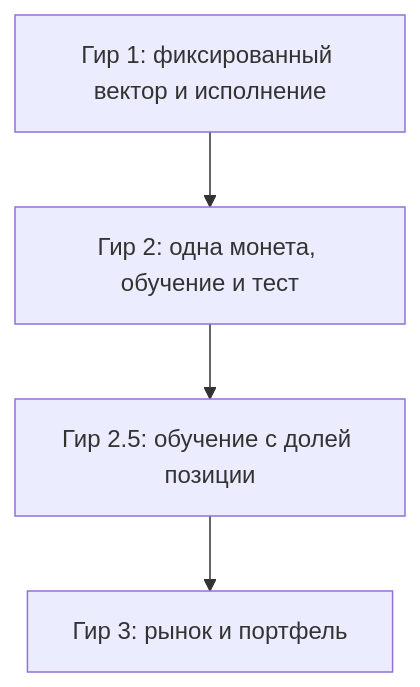
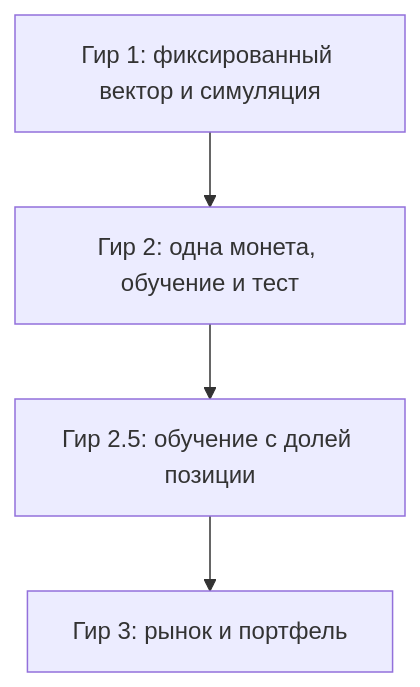
One commit to anabol21/arb_bots changed the diagram in docs/strategy-gears.md. Above: the diagram before and after it, drawn with Mermaid. The commit also changed other lines of this file and 3 other files, not shown here.

````diff
--- a/docs/strategy-gears.md
+++ b/docs/strategy-gears.md
@@ -39,8 +46,8 @@
 ```mermaid
 flowchart TB
-  g1["Гир 1: фиксированный вектор и исполнение"]
+  g1["Гир 1: фиксированный вектор и симуляция"]
   g2["Гир 2: одна монета, обучение и тест"]
   g25["Гир 2.5: обучение с долей позиции"]
   g3["Гир 3: рынок и портфель"]
   g1 --> g2 --> g25 --> g3
 ```
````
